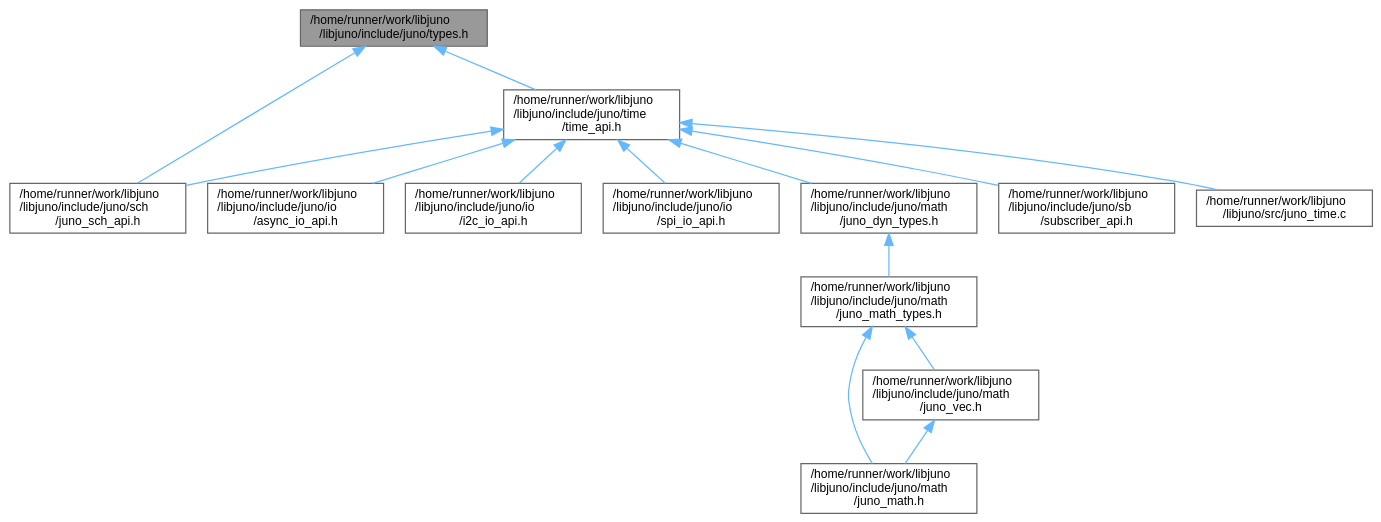
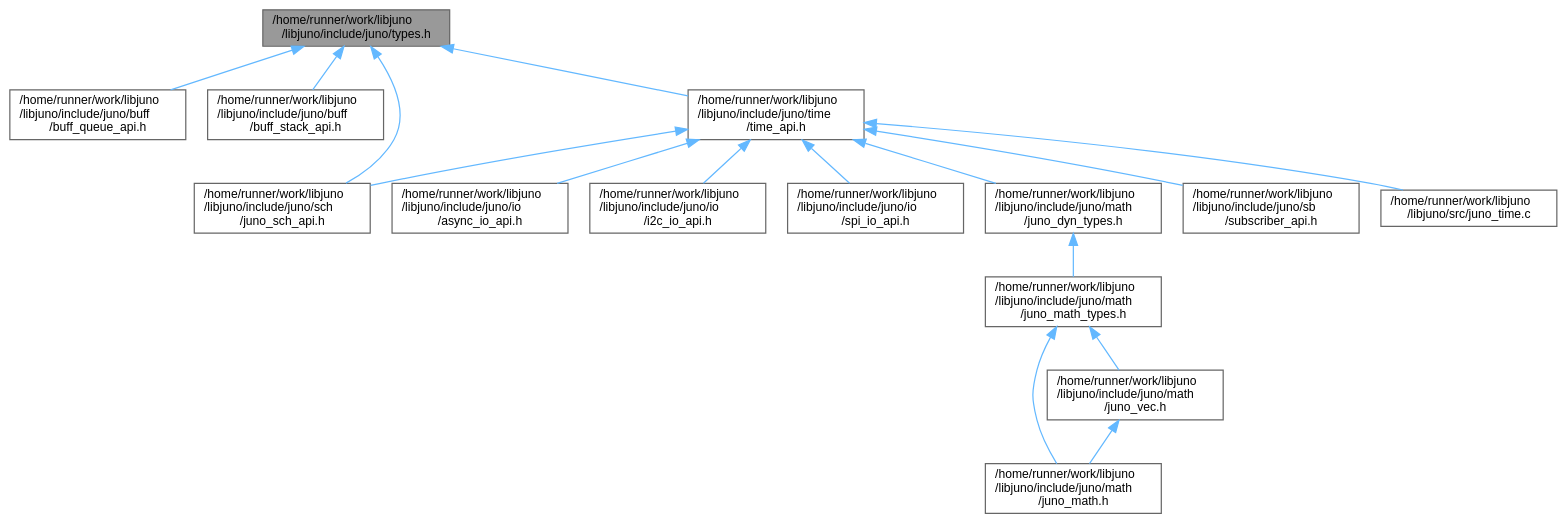
One commit to robinonsay/libjuno changed the diagram in types_8h__dep__incl.dot. Above: the diagram before and after it, drawn with Graphviz. The commit also changed 19 other files, not shown here.

```diff
--- a/types_8h__dep__incl.dot
+++ b/types_8h__dep__incl.dot
@@ -1,32 +1,36 @@
 digraph "/home/runner/work/libjuno/libjuno/include/juno/types.h"
 {
  // LATEX_PDF_SIZE
   bgcolor="transparent";
   edge [fontname=Helvetica,fontsize=10,labelfontname=Helvetica,labelfontsize=10];
   node [fontname=Helvetica,fontsize=10,shape=box,height=0.2,width=0.4];
   Node1 [id="Node000001",label="/home/runner/work/libjuno\l/libjuno/include/juno/types.h",height=0.2,width=0.4,color="gray40", fillcolor="grey60", style="filled", fontcolor="black",tooltip=" "];
   Node1 -> Node2 [id="edge1_Node000001_Node000002",dir="back",color="steelblue1",style="solid",tooltip=" "];
-  Node2 [id="Node000002",label="/home/runner/work/libjuno\l/libjuno/include/juno/sch\l/juno_sch_api.h",height=0.2,width=0.4,color="grey40", fillcolor="white", style="filled",URL="$juno__sch__api_8h.html",tooltip=" "];
+  Node2 [id="Node000002",label="/home/runner/work/libjuno\l/libjuno/include/juno/buff\l/buff_queue_api.h",height=0.2,width=0.4,color="grey40", fillcolor="white", style="filled",URL="$buff__queue__api_8h.html",tooltip=" "];
   Node1 -> Node3 [id="edge2_Node000001_Node000003",dir="back",color="steelblue1",style="solid",tooltip=" "];
-  Node3 [id="Node000003",label="/home/runner/work/libjuno\l/libjuno/include/juno/time\l/time_api.h",height=0.2,width=0.4,color="grey40", fillcolor="white", style="filled",URL="$time__api_8h.html",tooltip=" "];
-  Node3 -> Node4 [id="edge3_Node000003_Node000004",dir="back",color="steelblue1",style="solid",tooltip=" "];
-  Node4 [id="Node000004",label="/home/runner/work/libjuno\l/libjuno/include/juno/io\l/async_io_api.h",height=0.2,width=0.4,color="grey40", fillcolor="white", style="filled",URL="$async__io__api_8h.html",tooltip=" "];
-  Node3 -> Node5 [id="edge4_Node000003_Node000005",dir="back",color="steelblue1",style="solid",tooltip=" "];
-  Node5 [id="Node000005",label="/home/runner/work/libjuno\l/libjuno/include/juno/io\l/i2c_io_api.h",height=0.2,width=0.4,color="grey40", fillcolor="white", style="filled",URL="$i2c__io__api_8h.html",tooltip=" "];
-  Node3 -> Node6 [id="edge5_Node000003_Node000006",dir="back",color="steelblue1",style="solid",tooltip=" "];
-  Node6 [id="Node000006",label="/home/runner/work/libjuno\l/libjuno/include/juno/io\l/spi_io_api.h",height=0.2,width=0.4,color="grey40", fillcolor="white", style="filled",URL="$spi__io__api_8h.html",tooltip=" "];
-  Node3 -> Node7 [id="edge6_Node000003_Node000007",dir="back",color="steelblue1",style="solid",tooltip=" "];
-  Node7 [id="Node000007",label="/home/runner/work/libjuno\l/libjuno/include/juno/math\l/juno_dyn_types.h",height=0.2,width=0.4,color="grey40", fillcolor="white", style="filled",URL="$juno__dyn__types_8h.html",tooltip=" "];
-  Node7 -> Node8 [id="edge7_Node000007_Node000008",dir="back",color="steelblue1",style="solid",tooltip=" "];
-  Node8 [id="Node000008",label="/home/runner/work/libjuno\l/libjuno/include/juno/math\l/juno_math_types.h",height=0.2,width=0.4,color="grey40", fillcolor="white", style="filled",URL="$juno__math__types_8h.html",tooltip=" "];
-  Node8 -> Node9 [id="edge8_Node000008_Node000009",dir="back",color="steelblue1",style="solid",tooltip=" "];
-  Node9 [id="Node000009",label="/home/runner/work/libjuno\l/libjuno/include/juno/math\l/juno_math.h",height=0.2,width=0.4,color="grey40", fillcolor="white", style="filled",URL="$juno__math_8h.html",tooltip=" "];
-  Node8 -> Node10 [id="edge9_Node000008_Node000010",dir="back",color="steelblue1",style="solid",tooltip=" "];
-  Node10 [id="Node000010",label="/home/runner/work/libjuno\l/libjuno/include/juno/math\l/juno_vec.h",height=0.2,width=0.4,color="grey40", fillcolor="white", style="filled",URL="$juno__vec_8h.html",tooltip=" "];
-  Node10 -> Node9 [id="edge10_Node000010_Node000009",dir="back",color="steelblue1",style="solid",tooltip=" "];
-  Node3 -> Node11 [id="edge11_Node000003_Node000011",dir="back",color="steelblue1",style="solid",tooltip=" "];
-  Node11 [id="Node000011",label="/home/runner/work/libjuno\l/libjuno/include/juno/sb\l/subscriber_api.h",height=0.2,width=0.4,color="grey40", fillcolor="white", style="filled",URL="$subscriber__api_8h.html",tooltip=" "];
-  Node3 -> Node2 [id="edge12_Node000003_Node000002",dir="back",color="steelblue1",style="solid",tooltip=" "];
-  Node3 -> Node12 [id="edge13_Node000003_Node000012",dir="back",color="steelblue1",style="solid",tooltip=" "];
-  Node12 [id="Node000012",label="/home/runner/work/libjuno\l/libjuno/src/juno_time.c",height=0.2,width=0.4,color="grey40", fillcolor="white", style="filled",URL="$juno__time_8c.html",tooltip=" "];
+  Node3 [id="Node000003",label="/home/runner/work/libjuno\l/libjuno/include/juno/buff\l/buff_stack_api.h",height=0.2,width=0.4,color="grey40", fillcolor="white", style="filled",URL="$buff__stack__api_8h.html",tooltip=" "];
+  Node1 -> Node4 [id="edge3_Node000001_Node000004",dir="back",color="steelblue1",style="solid",tooltip=" "];
+  Node4 [id="Node000004",label="/home/runner/work/libjuno\l/libjuno/include/juno/sch\l/juno_sch_api.h",height=0.2,width=0.4,color="grey40", fillcolor="white", style="filled",URL="$juno__sch__api_8h.html",tooltip=" "];
+  Node1 -> Node5 [id="edge4_Node000001_Node000005",dir="back",color="steelblue1",style="solid",tooltip=" "];
+  Node5 [id="Node000005",label="/home/runner/work/libjuno\l/libjuno/include/juno/time\l/time_api.h",height=0.2,width=0.4,color="grey40", fillcolor="white", style="filled",URL="$time__api_8h.html",tooltip=" "];
+  Node5 -> Node6 [id="edge5_Node000005_Node000006",dir="back",color="steelblue1",style="solid",tooltip=" "];
+  Node6 [id="Node000006",label="/home/runner/work/libjuno\l/libjuno/include/juno/io\l/async_io_api.h",height=0.2,width=0.4,color="grey40", fillcolor="white", style="filled",URL="$async__io__api_8h.html",tooltip=" "];
+  Node5 -> Node7 [id="edge6_Node000005_Node000007",dir="back",color="steelblue1",style="solid",tooltip=" "];
+  Node7 [id="Node000007",label="/home/runner/work/libjuno\l/libjuno/include/juno/io\l/i2c_io_api.h",height=0.2,width=0.4,color="grey40", fillcolor="white", style="filled",URL="$i2c__io__api_8h.html",tooltip=" "];
+  Node5 -> Node8 [id="edge7_Node000005_Node000008",dir="back",color="steelblue1",style="solid",tooltip=" "];
+  Node8 [id="Node000008",label="/home/runner/work/libjuno\l/libjuno/include/juno/io\l/spi_io_api.h",height=0.2,width=0.4,color="grey40", fillcolor="white", style="filled",URL="$spi__io__api_8h.html",tooltip=" "];
+  Node5 -> Node9 [id="edge8_Node000005_Node000009",dir="back",color="steelblue1",style="solid",tooltip=" "];
+  Node9 [id="Node000009",label="/home/runner/work/libjuno\l/libjuno/include/juno/math\l/juno_dyn_types.h",height=0.2,width=0.4,color="grey40", fillcolor="white", style="filled",URL="$juno__dyn__types_8h.html",tooltip=" "];
+  Node9 -> Node10 [id="edge9_Node000009_Node000010",dir="back",color="steelblue1",style="solid",tooltip=" "];
+  Node10 [id="Node000010",label="/home/runner/work/libjuno\l/libjuno/include/juno/math\l/juno_math_types.h",height=0.2,width=0.4,color="grey40", fillcolor="white", style="filled",URL="$juno__math__types_8h.html",tooltip=" "];
+  Node10 -> Node11 [id="edge10_Node000010_Node000011",dir="back",color="steelblue1",style="solid",tooltip=" "];
+  Node11 [id="Node000011",label="/home/runner/work/libjuno\l/libjuno/include/juno/math\l/juno_math.h",height=0.2,width=0.4,color="grey40", fillcolor="white", style="filled",URL="$juno__math_8h.html",tooltip=" "];
+  Node10 -> Node12 [id="edge11_Node000010_Node000012",dir="back",color="steelblue1",style="solid",tooltip=" "];
+  Node12 [id="Node000012",label="/home/runner/work/libjuno\l/libjuno/include/juno/math\l/juno_vec.h",height=0.2,width=0.4,color="grey40", fillcolor="white", style="filled",URL="$juno__vec_8h.html",tooltip=" "];
+  Node12 -> Node11 [id="edge12_Node000012_Node000011",dir="back",color="steelblue1",style="solid",tooltip=" "];
+  Node5 -> Node13 [id="edge13_Node000005_Node000013",dir="back",color="steelblue1",style="solid",tooltip=" "];
+  Node13 [id="Node000013",label="/home/runner/work/libjuno\l/libjuno/include/juno/sb\l/subscriber_api.h",height=0.2,width=0.4,color="grey40", fillcolor="white", style="filled",URL="$subscriber__api_8h.html",tooltip=" "];
+  Node5 -> Node4 [id="edge14_Node000005_Node000004",dir="back",color="steelblue1",style="solid",tooltip=" "];
+  Node5 -> Node14 [id="edge15_Node000005_Node000014",dir="back",color="steelblue1",style="solid",tooltip=" "];
+  Node14 [id="Node000014",label="/home/runner/work/libjuno\l/libjuno/src/juno_time.c",height=0.2,width=0.4,color="grey40", fillcolor="white", style="filled",URL="$juno__time_8c.html",tooltip=" "];
 }
```
